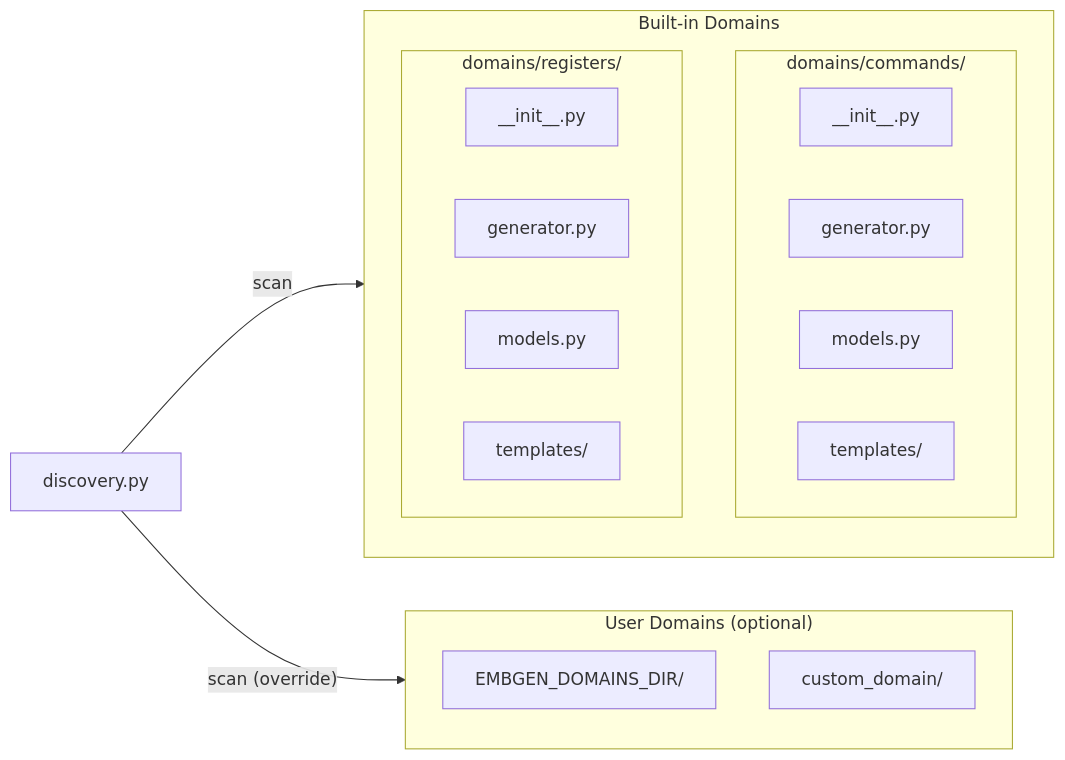
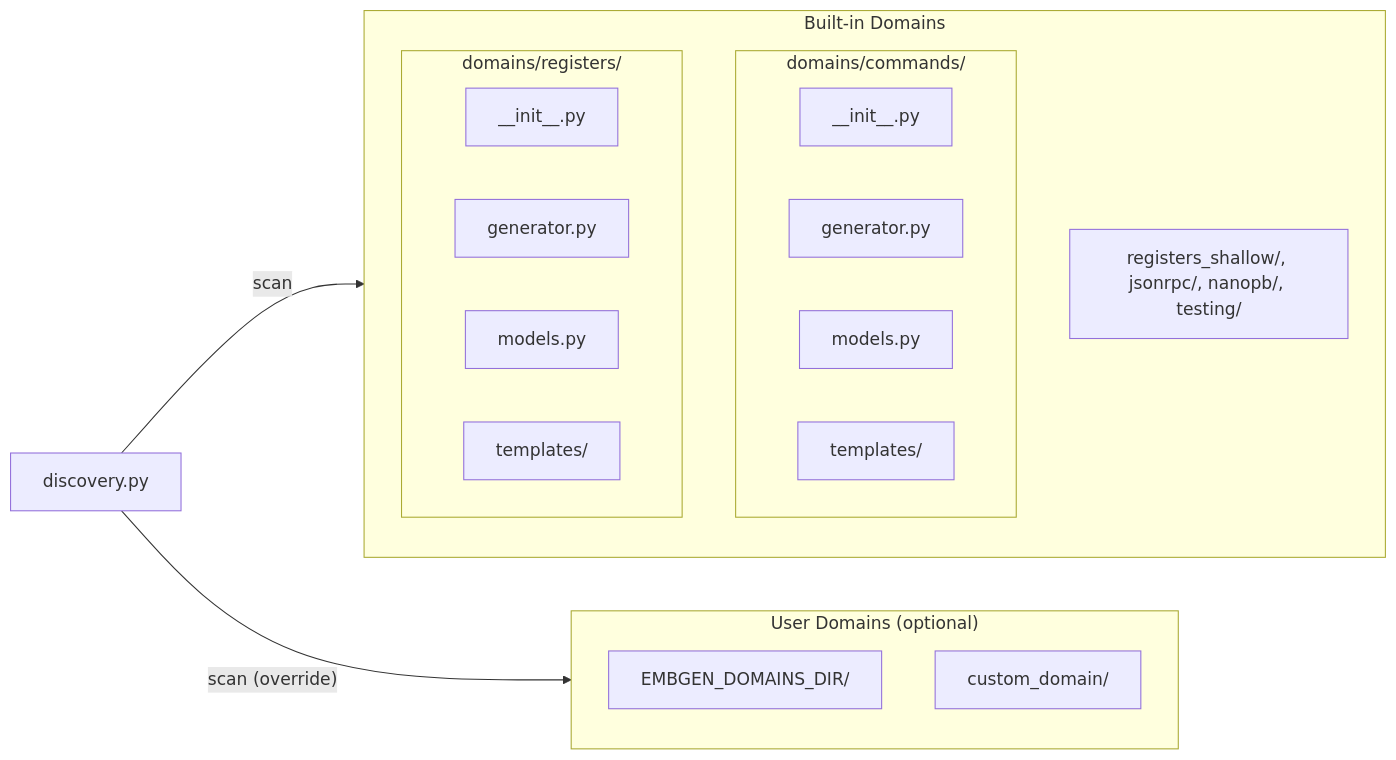
The fourth of 5 diagrams in docs/architecture/architecture.md (CedricHirschi/embgen), drawn with Mermaid before and after one commit. The commit also changed other lines of this file and 13 other files, not shown here.

````diff
--- a/docs/architecture/architecture.md
+++ b/docs/architecture/architecture.md
@@ -172,28 +180,30 @@
 ```mermaid
 graph LR
     subgraph BuiltIn["Built-in Domains"]
         subgraph Commands["domains/commands/"]
             CMD_Init["__init__.py"]
             CMD_Gen["generator.py"]
             CMD_Mod["models.py"]
             CMD_Tmpl["templates/"]
         end
-        
+
         subgraph Registers["domains/registers/"]
             REG_Init["__init__.py"]
             REG_Gen["generator.py"]
             REG_Mod["models.py"]
             REG_Tmpl["templates/"]
         end
+
+        Other["registers_shallow/, jsonrpc/, nanopb/, testing/"]
     end
     
     subgraph UserDomains["User Domains (optional)"]
         USR_Dir["EMBGEN_DOMAINS_DIR/"]
         USR_Custom["custom_domain/"]
     end
     
     Discovery["discovery.py"]
     
     Discovery -->|"scan"| BuiltIn
     Discovery -->|"scan (override)"| UserDomains
 ```
````
